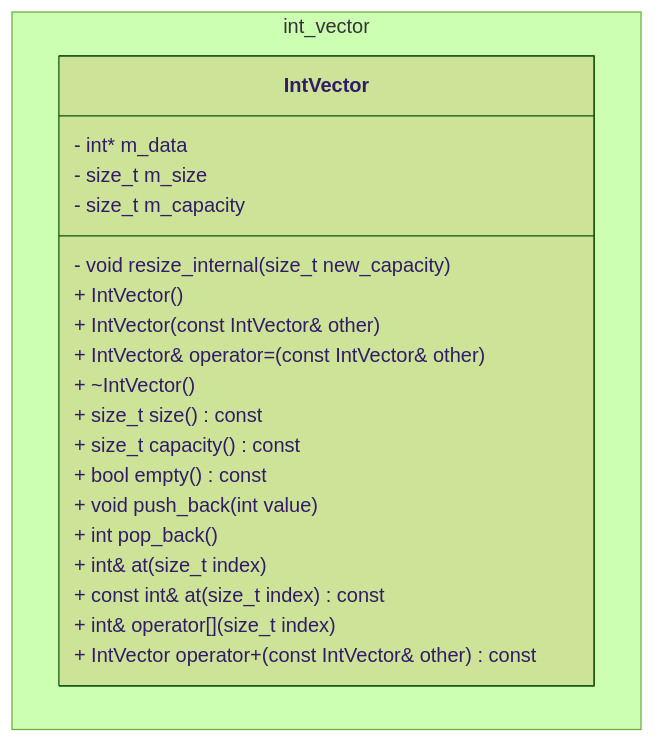
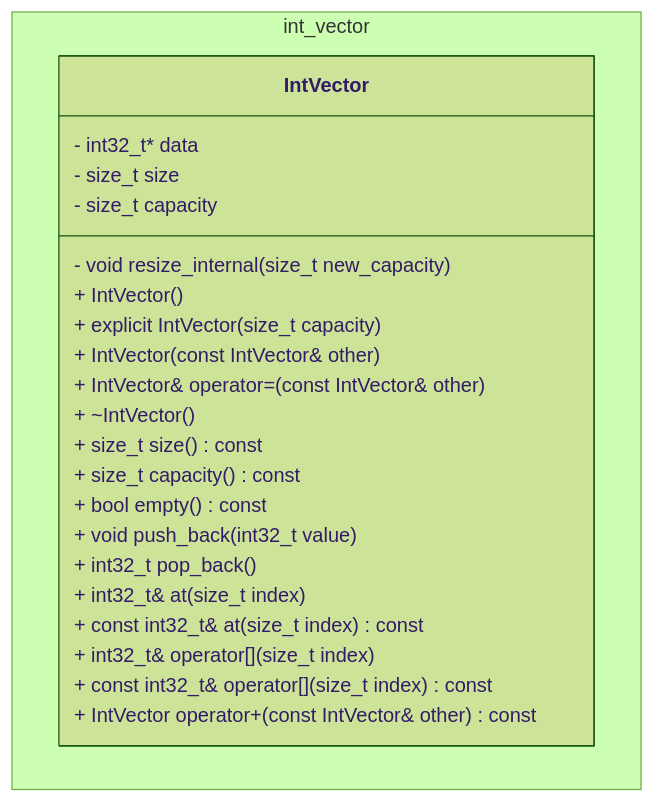
Before and after one commit to DavidRin/int_vector: the diagram in README.md, drawn with Mermaid (forest theme).

Commit message:
fix datatypes

````diff
--- a/README.md
+++ b/README.md
@@ -7,28 +7,30 @@
 ```mermaid
 classDiagram
     namespace int_vector {
         class IntVector {
-            - int* m_data
-            - size_t m_size
-            - size_t m_capacity
+            - int32_t* data
+            - size_t size
+            - size_t capacity
             - void resize_internal(size_t new_capacity)
             
             + IntVector()
+            + explicit IntVector(size_t capacity)
             + IntVector(const IntVector& other)
             + IntVector& operator=(const IntVector& other)
             + ~IntVector()
             
             + size_t size() const
             + size_t capacity() const
             + bool empty() const
             
-            + void push_back(int value)
-            + int pop_back()
-            + int& at(size_t index)
-            + const int& at(size_t index) const
-            + int& operator[](size_t index)
+            + void push_back(int32_t value)
+            + int32_t pop_back()
+            + int32_t& at(size_t index)
+            + const int32_t& at(size_t index) const
+            + int32_t& operator[](size_t index)
+            + const int32_t& operator[](size_t index) const
             
             + IntVector operator+(const IntVector& other) const
         }
     }
 ```
````
